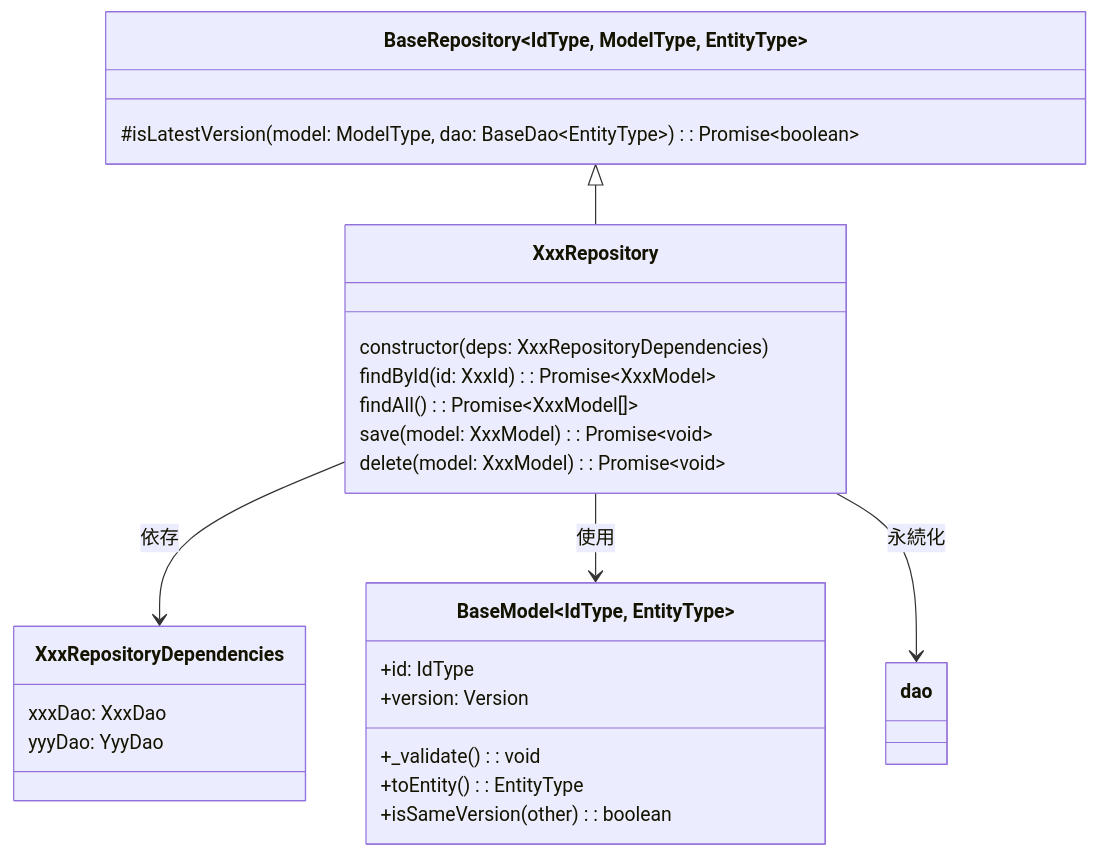
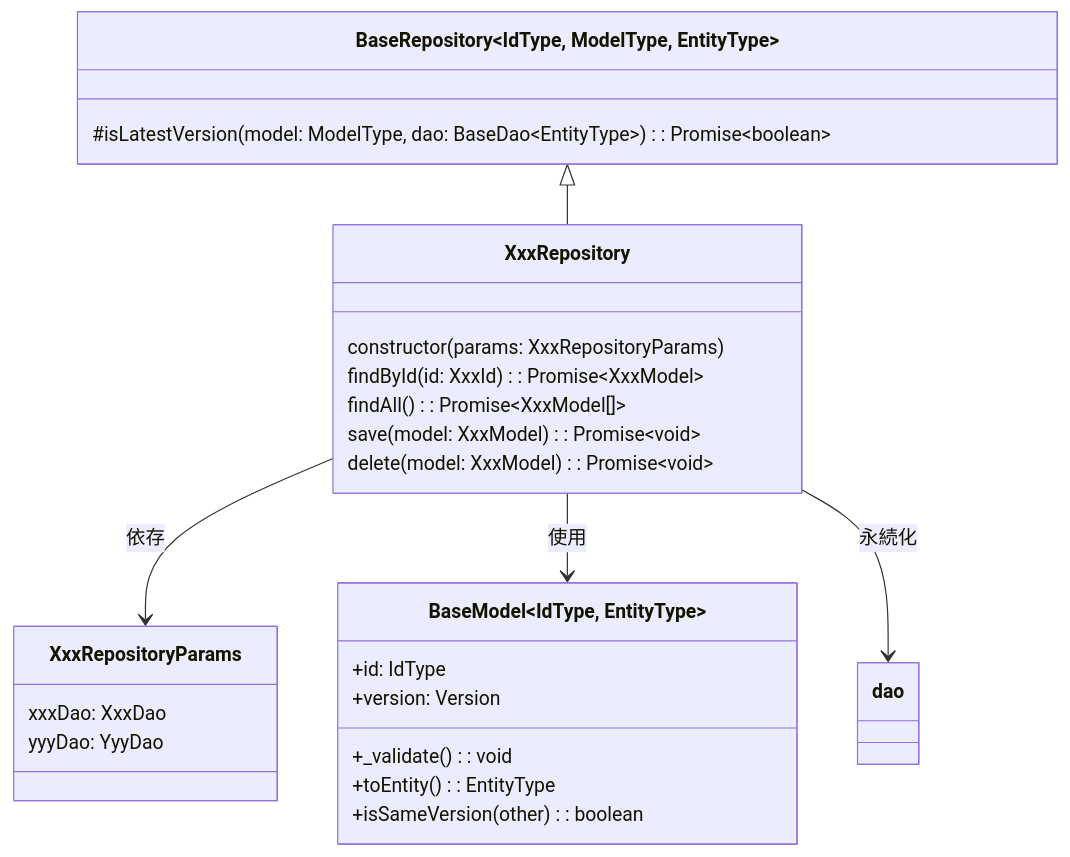
Before and after one commit to shuhei1101/allowance-questboard: the diagram in docs/ja/backend/リポジトリ.md, drawn with Mermaid. The commit also changed other lines of this file and 101 other files, not shown here.

````diff
--- a/docs/ja/backend/リポジトリ.md
+++ b/docs/ja/backend/リポジトリ.md
@@ -12,29 +12,29 @@
 ```mermaid
 classDiagram
     class BaseRepository~IdType, ModelType, EntityType~ {
         #isLatestVersion(model: ModelType, dao: BaseDao~EntityType~): Promise~boolean~
     }
     class XxxRepository {
-        constructor(deps: XxxRepositoryDependencies)
+        constructor(params: XxxRepositoryParams)
         findById(id: XxxId): Promise~XxxModel~
         findAll(): Promise~XxxModel[]~
         save(model: XxxModel): Promise~void~
         delete(model: XxxModel): Promise~void~
     }
-    class XxxRepositoryDependencies {
+    class XxxRepositoryParams {
         xxxDao: XxxDao
         yyyDao: YyyDao
     }
     class BaseModel~IdType, EntityType~ {
         +id: IdType
         +version: Version
         +_validate(): void
         +toEntity(): EntityType
         +isSameVersion(other): boolean
     }
 
     BaseRepository <|-- XxxRepository
-    XxxRepository --> XxxRepositoryDependencies : 依存
+    XxxRepository --> XxxRepositoryParams : 依存
     XxxRepository --> BaseModel: 使用
     XxxRepository --> dao: 永続化
 ```
````
